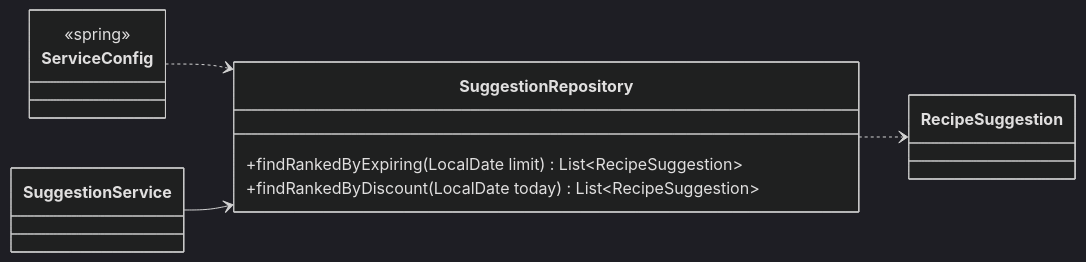
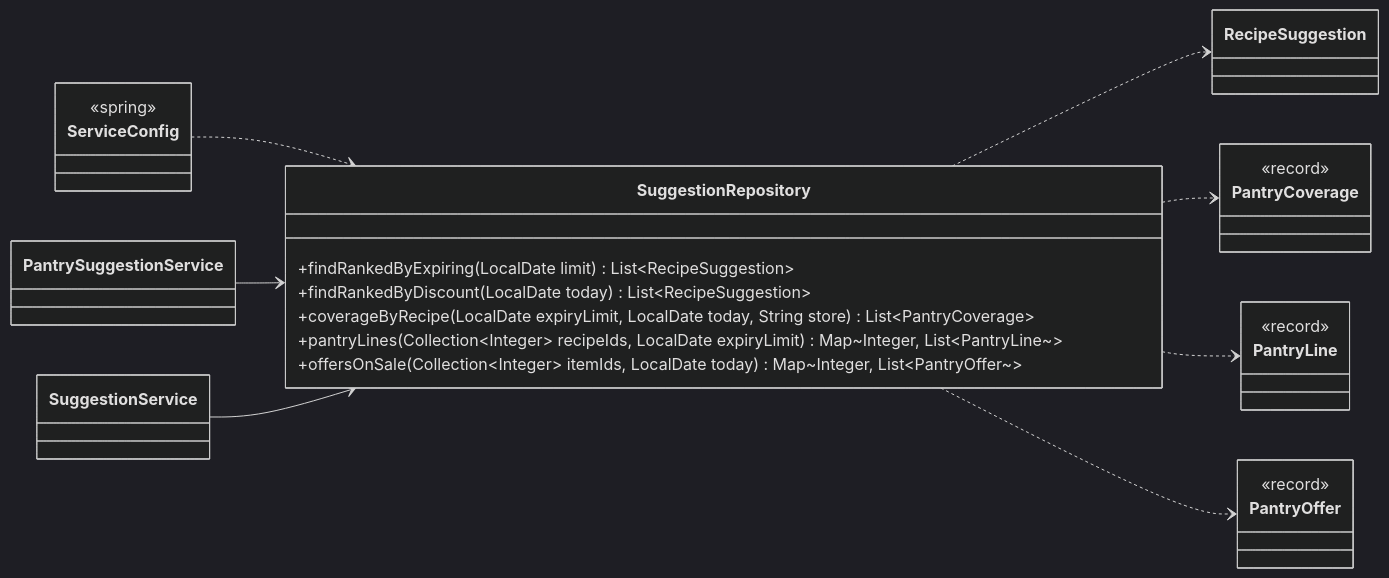
Diagram 12 of 13 in docs/classes/suggestions.md (Nate-ryan-7690/dahaem), drawn with Mermaid (dark theme) before and after one commit. The commit also changed other lines of this file and 23 other files, not shown here.

First line of the commit message:
Pantry-first suggestions: GET /api/suggestions/pantry (use up the pantry, fewest to buy, offers per store)

````diff
--- a/docs/classes/suggestions.md
+++ b/docs/classes/suggestions.md
@@ -89,16 +552,33 @@
 ```mermaid
 classDiagram
     direction LR
     class suggestions_SuggestionRepository["SuggestionRepository"] {
         +findRankedByExpiring(LocalDate limit) List~RecipeSuggestion~
         +findRankedByDiscount(LocalDate today) List~RecipeSuggestion~
+        +coverageByRecipe(LocalDate expiryLimit, LocalDate today, String store) List~PantryCoverage~
+        +pantryLines(Collection~Integer~ recipeIds, LocalDate expiryLimit) Map~Integer, List~PantryLine~~
+        +offersOnSale(Collection~Integer~ itemIds, LocalDate today) Map~Integer, List~PantryOffer~~
     }
+    class suggestions_PantrySuggestionService["PantrySuggestionService"]
     class suggestions_SuggestionService["SuggestionService"]
     class suggestions_RecipeSuggestion["RecipeSuggestion"]
+    class suggestions_PantryCoverage["PantryCoverage"] {
+        <<record>>
+    }
+    class suggestions_PantryLine["PantryLine"] {
+        <<record>>
+    }
+    class suggestions_PantryOffer["PantryOffer"] {
+        <<record>>
+    }
     class api_ServiceConfig["ServiceConfig"] {
         <<spring>>
     }
     suggestions_SuggestionRepository ..> suggestions_RecipeSuggestion
+    suggestions_SuggestionRepository ..> suggestions_PantryCoverage
+    suggestions_SuggestionRepository ..> suggestions_PantryLine
+    suggestions_SuggestionRepository ..> suggestions_PantryOffer
     api_ServiceConfig ..> suggestions_SuggestionRepository
+    suggestions_PantrySuggestionService --> suggestions_SuggestionRepository
     suggestions_SuggestionService --> suggestions_SuggestionRepository
 ```
````
